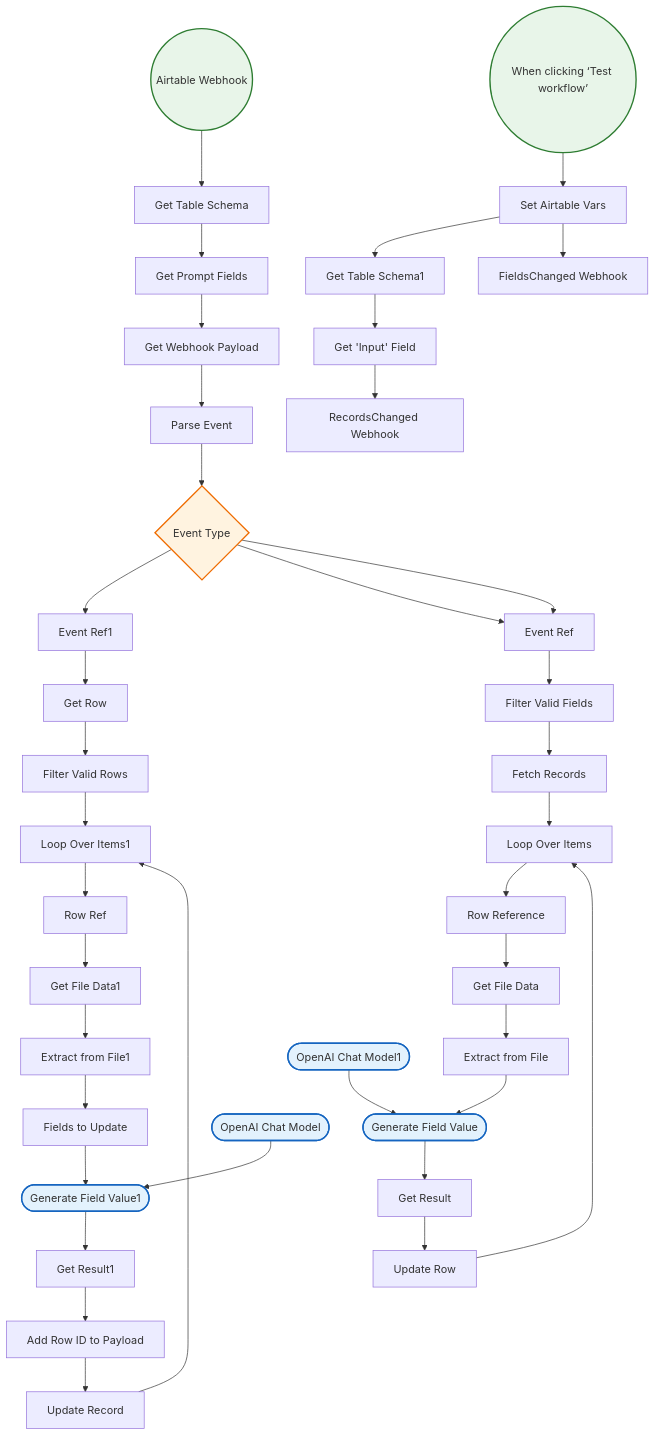
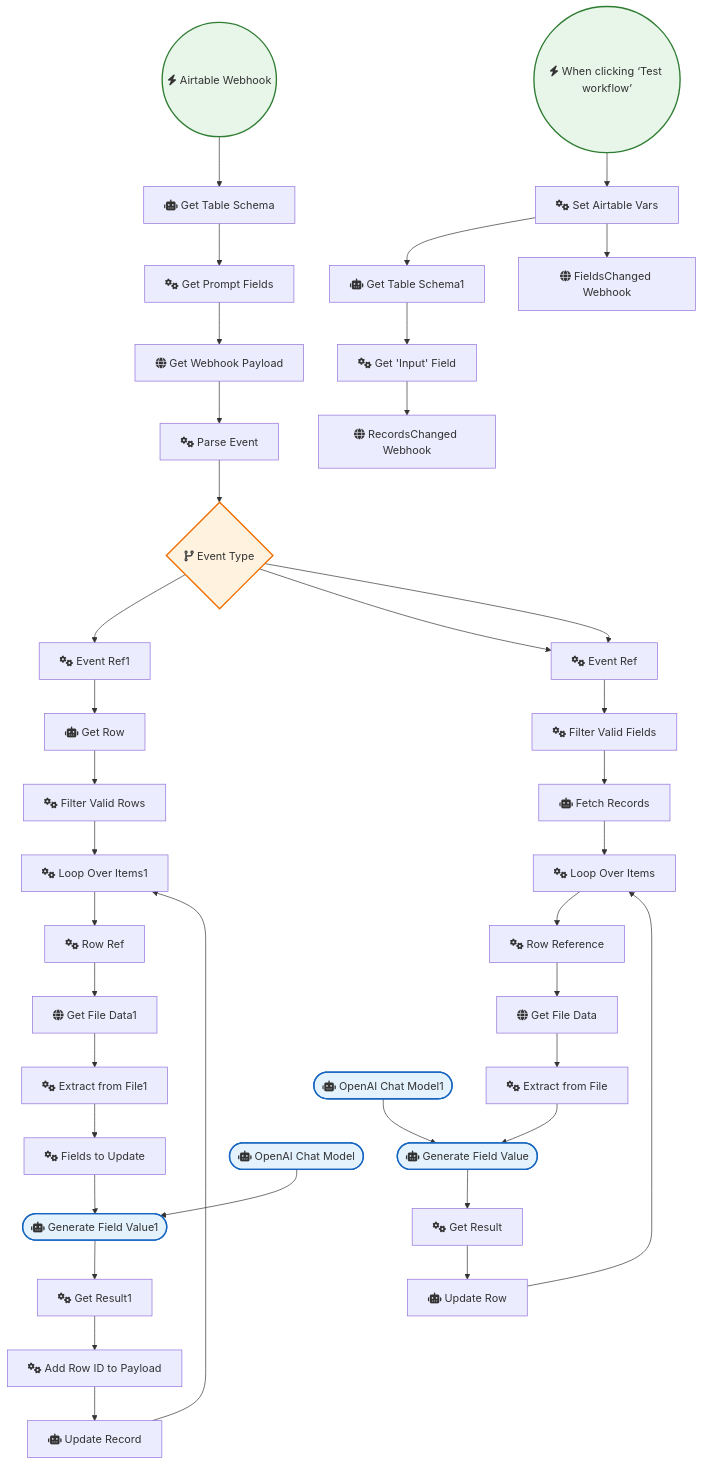
The diagram in OpenAI_and_LLMs/AI Data Extraction with Dynamic Prompts and Airtable.md (sreyash3105/N8N-DEMO-AUTOMATIONS), drawn with Mermaid before and after one commit. The commit also changed 291 other files, not shown here.

````diff
--- a/OpenAI_and_LLMs/AI Data Extraction with Dynamic Prompts and Airtable.md
+++ b/OpenAI_and_LLMs/AI Data Extraction with Dynamic Prompts and Airtable.md
@@ -1,81 +1,81 @@
 ```mermaid
 graph TD
     classDef trigger fill:#e8f5e9,stroke:#2e7d32,stroke-width:2px;
     classDef ai fill:#e3f2fd,stroke:#1565c0,stroke-width:2px;
     classDef logic fill:#fff3e0,stroke:#ef6c00,stroke-width:2px;
 
-    Event_Type{"Event Type"}:::logic
-    Get_Prompt_Fields["Get Prompt Fields"]
-    Get_File_Data["Get File Data"]
-    Extract_from_File["Extract from File"]
-    Get_Result["Get Result"]
-    Loop_Over_Items["Loop Over Items"]
-    Row_Reference["Row Reference"]
-    Generate_Field_Value(["Generate Field Value"]):::ai
-    Fields_to_Update["Fields to Update"]
-    Loop_Over_Items1["Loop Over Items1"]
-    Row_Ref["Row Ref"]
-    Get_File_Data1["Get File Data1"]
-    Extract_from_File1["Extract from File1"]
-    Get_Result1["Get Result1"]
-    Generate_Field_Value1(["Generate Field Value1"]):::ai
-    Filter_Valid_Rows["Filter Valid Rows"]
-    Filter_Valid_Fields["Filter Valid Fields"]
-    Event_Ref["Event Ref"]
-    Event_Ref1["Event Ref1"]
-    OpenAI_Chat_Model(["OpenAI Chat Model"]):::ai
-    OpenAI_Chat_Model1(["OpenAI Chat Model1"]):::ai
-    Get_Webhook_Payload["Get Webhook Payload"]
-    Parse_Event["Parse Event"]
-    Get_Table_Schema["Get Table Schema"]
-    Fetch_Records["Fetch Records"]
-    Update_Row["Update Row"]
-    Get_Row["Get Row"]
-    Add_Row_ID_to_Payload["Add Row ID to Payload"]
-    Update_Record["Update Record"]
-    Airtable_Webhook(("Airtable Webhook")):::trigger
-    When_clicking__Test_workflow_(("When clicking ‘Test workflow’")):::trigger
-    Set_Airtable_Vars["Set Airtable Vars"]
-    Get_Table_Schema1["Get Table Schema1"]
-    Get__Input__Field["Get 'Input' Field"]
-    RecordsChanged_Webhook["RecordsChanged Webhook"]
-    FieldsChanged_Webhook["FieldsChanged Webhook"]
+    Event_Type{"fas:fa-code-branch Event Type"}:::logic
+    Get_Prompt_Fields["fas:fa-cogs Get Prompt Fields"]
+    Get_File_Data["fas:fa-globe Get File Data"]
+    Extract_from_File["fas:fa-cogs Extract from File"]
+    Get_Result["fas:fa-cogs Get Result"]
+    Loop_Over_Items["fas:fa-cogs Loop Over Items"]
+    Row_Reference["fas:fa-cogs Row Reference"]
+    Generate_Field_Value(["fas:fa-robot Generate Field Value"]):::ai
+    Fields_to_Update["fas:fa-cogs Fields to Update"]
+    Loop_Over_Items1["fas:fa-cogs Loop Over Items1"]
+    Row_Ref["fas:fa-cogs Row Ref"]
+    Get_File_Data1["fas:fa-globe Get File Data1"]
+    Extract_from_File1["fas:fa-cogs Extract from File1"]
+    Get_Result1["fas:fa-cogs Get Result1"]
+    Generate_Field_Value1(["fas:fa-robot Generate Field Value1"]):::ai
+    Filter_Valid_Rows["fas:fa-cogs Filter Valid Rows"]
+    Filter_Valid_Fields["fas:fa-cogs Filter Valid Fields"]
+    Event_Ref["fas:fa-cogs Event Ref"]
+    Event_Ref1["fas:fa-cogs Event Ref1"]
+    OpenAI_Chat_Model(["fas:fa-robot OpenAI Chat Model"]):::ai
+    OpenAI_Chat_Model1(["fas:fa-robot OpenAI Chat Model1"]):::ai
+    Get_Webhook_Payload["fas:fa-globe Get Webhook Payload"]
+    Parse_Event["fas:fa-cogs Parse Event"]
+    Get_Table_Schema["fas:fa-robot Get Table Schema"]
+    Fetch_Records["fas:fa-robot Fetch Records"]
+    Update_Row["fas:fa-robot Update Row"]
+    Get_Row["fas:fa-robot Get Row"]
+    Add_Row_ID_to_Payload["fas:fa-cogs Add Row ID to Payload"]
+    Update_Record["fas:fa-robot Update Record"]
+    Airtable_Webhook(("fas:fa-bolt Airtable Webhook")):::trigger
+    When_clicking__Test_workflow_(("fas:fa-bolt When clicking ‘Test workflow’")):::trigger
+    Set_Airtable_Vars["fas:fa-cogs Set Airtable Vars"]
+    Get_Table_Schema1["fas:fa-robot Get Table Schema1"]
+    Get__Input__Field["fas:fa-cogs Get 'Input' Field"]
+    RecordsChanged_Webhook["fas:fa-globe RecordsChanged Webhook"]
+    FieldsChanged_Webhook["fas:fa-globe FieldsChanged Webhook"]
 
     Get_Row --> Filter_Valid_Rows
     Row_Ref --> Get_File_Data1
     Event_Ref --> Filter_Valid_Fields
     Event_Ref1 --> Get_Row
     Event_Type --> Event_Ref1
     Event_Type --> Event_Ref
     Event_Type --> Event_Ref
     Get_Result --> Update_Row
     Update_Row --> Loop_Over_Items
     Get_Result1 --> Add_Row_ID_to_Payload
     Parse_Event --> Event_Type
     Fetch_Records --> Loop_Over_Items
     Get_File_Data --> Extract_from_File
     Row_Reference --> Get_File_Data
     Update_Record --> Loop_Over_Items1
     Get_File_Data1 --> Extract_from_File1
     Loop_Over_Items --> Row_Reference
     Airtable_Webhook --> Get_Table_Schema
     Fields_to_Update --> Generate_Field_Value1
     Get_Table_Schema --> Get_Prompt_Fields
     Loop_Over_Items1 --> Row_Ref
     Extract_from_File --> Generate_Field_Value
     Filter_Valid_Rows --> Loop_Over_Items1
     Get__Input__Field --> RecordsChanged_Webhook
     Get_Prompt_Fields --> Get_Webhook_Payload
     Get_Table_Schema1 --> Get__Input__Field
     OpenAI_Chat_Model --> Generate_Field_Value1
     Set_Airtable_Vars --> Get_Table_Schema1
     Set_Airtable_Vars --> FieldsChanged_Webhook
     Extract_from_File1 --> Fields_to_Update
     OpenAI_Chat_Model1 --> Generate_Field_Value
     Filter_Valid_Fields --> Fetch_Records
     Get_Webhook_Payload --> Parse_Event
     Generate_Field_Value --> Get_Result
     Add_Row_ID_to_Payload --> Update_Record
     Generate_Field_Value1 --> Get_Result1
     When_clicking__Test_workflow_ --> Set_Airtable_Vars
 ```
````
